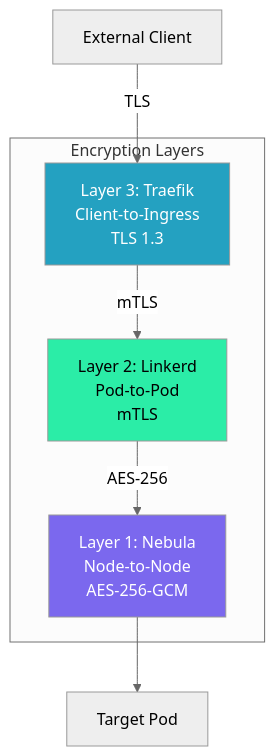
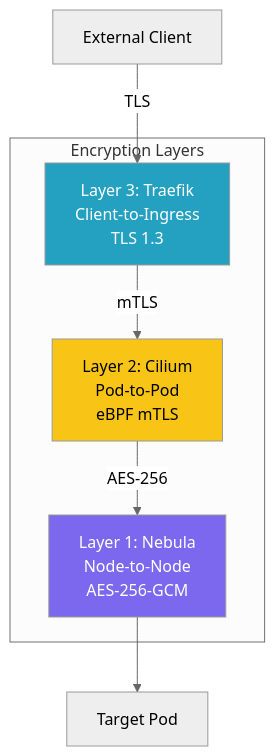
Before and after one commit to TheBranchDriftCatalyst/talos-homelab: diagram 14 of 14 in docs/02-architecture/infrastructure-diagrams.md, drawn with Mermaid (neutral theme). The commit also changed other lines of this file and 4 other files, not shown here.

First line of the commit message:
docs: update diagrams and references for linkerd removal

````diff
--- a/docs/02-architecture/infrastructure-diagrams.md
+++ b/docs/02-architecture/infrastructure-diagrams.md
@@ -558,17 +553,17 @@
 ```mermaid
 flowchart TB
     subgraph Encryption["Encryption Layers"]
         L1[Layer 1: Nebula<br/>Node-to-Node<br/>AES-256-GCM]
-        L2[Layer 2: Linkerd<br/>Pod-to-Pod<br/>mTLS]
+        L2[Layer 2: Cilium<br/>Pod-to-Pod<br/>eBPF mTLS]
         L3[Layer 3: Traefik<br/>Client-to-Ingress<br/>TLS 1.3]
     end
 
     External[External Client] -->|TLS| L3
     L3 -->|mTLS| L2
     L2 -->|AES-256| L1
     L1 --> Pod[Target Pod]
 
     style L1 fill:#7B68EE,color:#fff
-    style L2 fill:#2beda7,color:#000
+    style L2 fill:#F8C517,color:#000
     style L3 fill:#24a1c1,color:#fff
 ```
````
